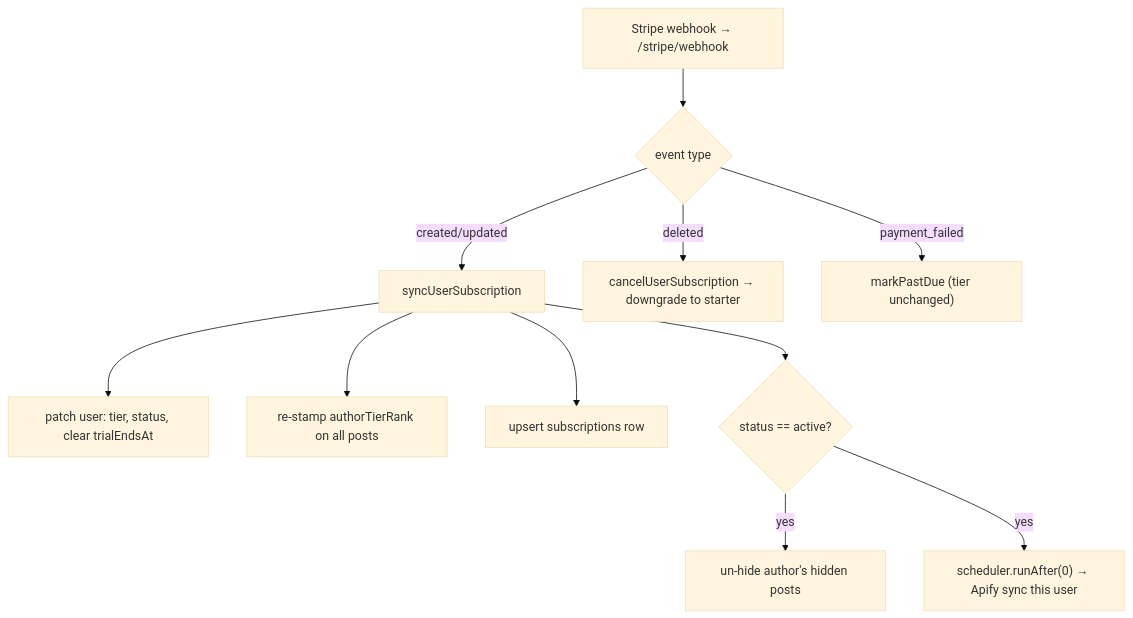
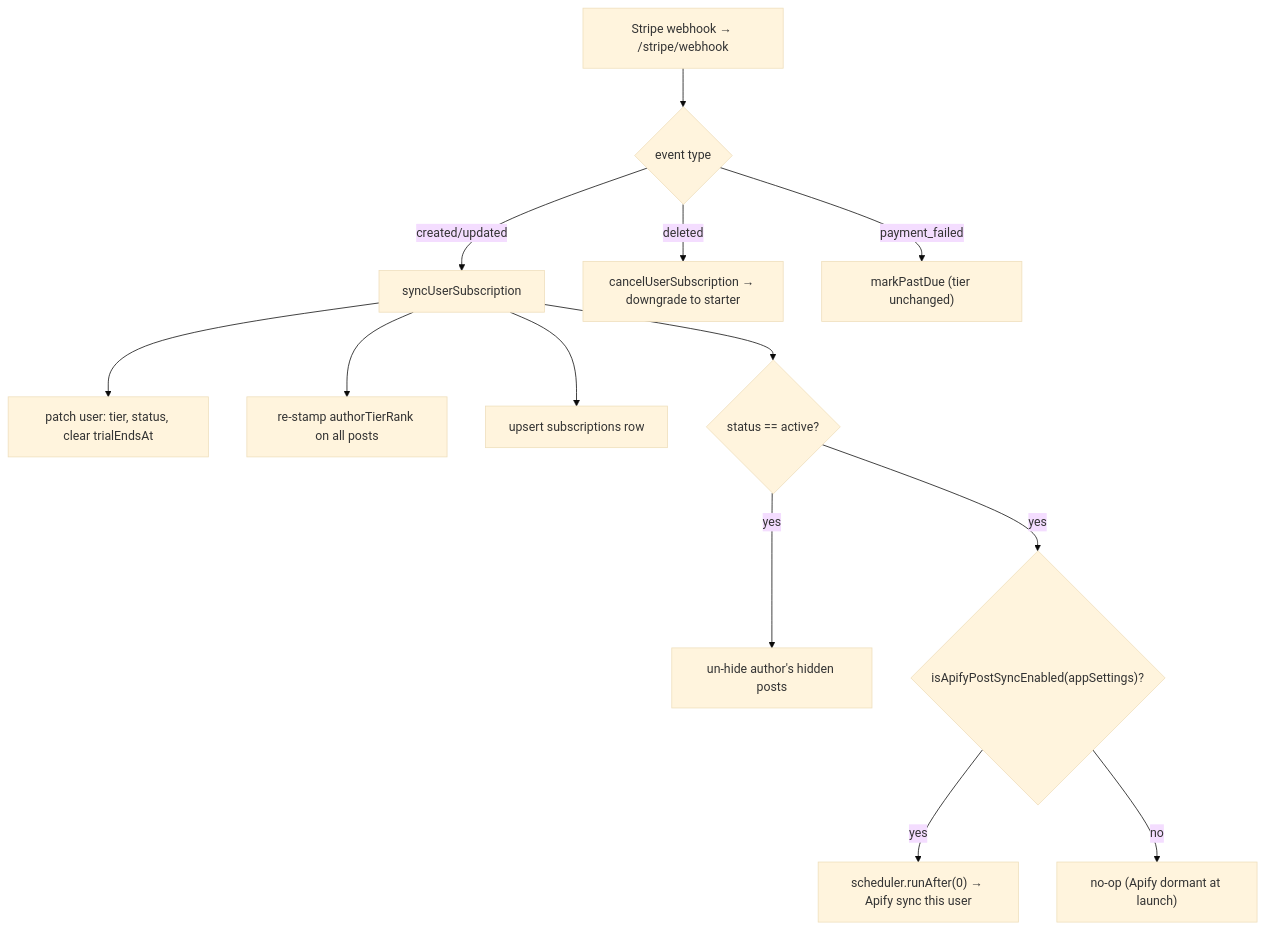
The sixth of 19 diagrams in docs/PLATFORM.md (henriko202/glowing-octo-guide), drawn with Mermaid (base theme) before and after one commit. The commit also changed other lines of this file and 7 other files, not shown here.

````diff
--- a/docs/PLATFORM.md
+++ b/docs/PLATFORM.md
@@ -819,13 +844,15 @@
 ```mermaid
 flowchart TD
   W["Stripe webhook → /stripe/webhook"] --> T{"event type"}
   T -->|created/updated| SYNC["syncUserSubscription"]
   SYNC --> P1["patch user: tier, status, clear trialEndsAt"]
   SYNC --> P2["re-stamp authorTierRank on all posts"]
   SYNC --> P3["upsert subscriptions row"]
   SYNC --> ACT{"status == active?"}
   ACT -->|yes| U1["un-hide author's hidden posts"]
-  ACT -->|yes| U2["scheduler.runAfter(0) → Apify sync this user"]
+  ACT -->|yes| G{"isApifyPostSyncEnabled(appSettings)?"}
+  G -->|yes| U2["scheduler.runAfter(0) → Apify sync this user"]
+  G -->|no| NOOP["no-op (Apify dormant at launch)"]
   T -->|deleted| CAN["cancelUserSubscription → downgrade to starter"]
   T -->|payment_failed| PD["markPastDue (tier unchanged)"]
 ```
````
